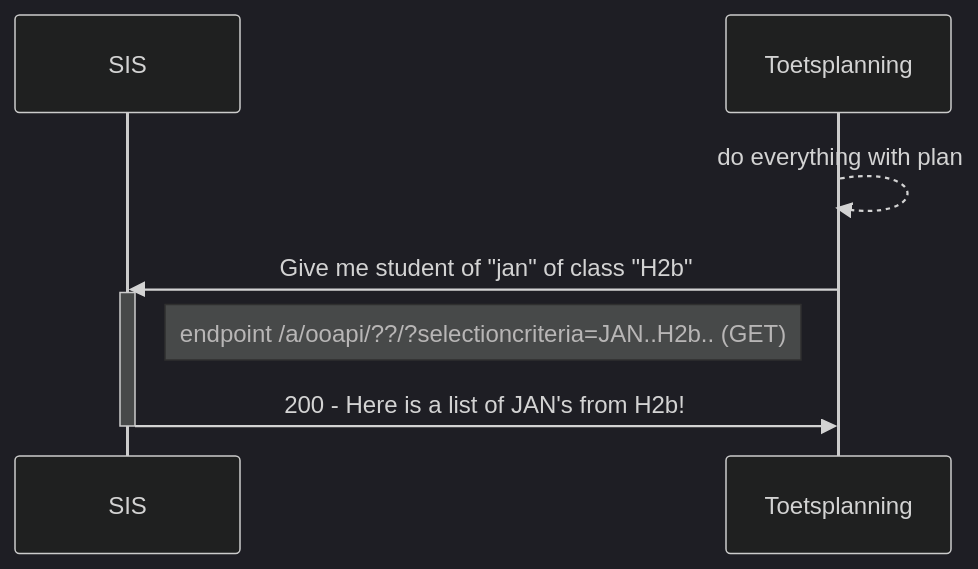
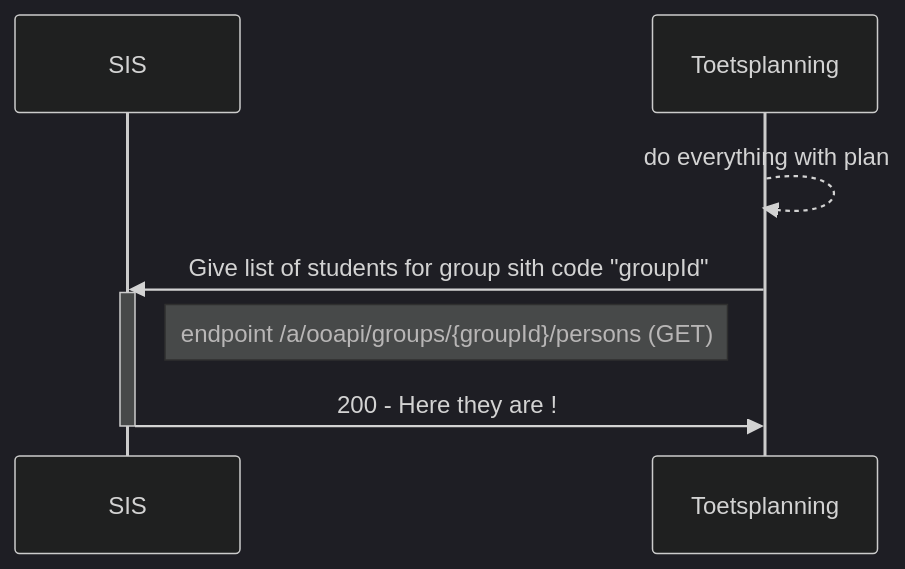
Before and after one commit to NetwerkExamineringDigitalisering/NED-OOAPI: the fourth of 5 diagrams in doc/flow1.md, drawn with Mermaid (dark theme). The commit also changed other lines of this file and 6 other files, not shown here.

Commit message:
update flow1 add scopes and groups

````diff
--- a/doc/flow1.md
+++ b/doc/flow1.md
@@ -230,12 +246,12 @@
 ```mermaid
 
 sequenceDiagram
     participant SIS
     participant Toetsplanning
     Toetsplanning-->>Toetsplanning: do everything with plan
-    Toetsplanning->>SIS : Give me student of "jan" of class "H2b"
+    Toetsplanning->>SIS : Give list of students for group sith code "groupId"
     activate SIS
-    Note right of SIS: endpoint /a/ooapi/??/?selectioncriteria=JAN..H2b.. (GET)
-    SIS->>Toetsplanning : 200 - Here is a list of JAN's from H2b!
+    Note right of SIS: endpoint /a/ooapi/groups/{groupId}/persons (GET)
+    SIS->>Toetsplanning : 200 - Here they are !
     deactivate SIS
 ```
````
